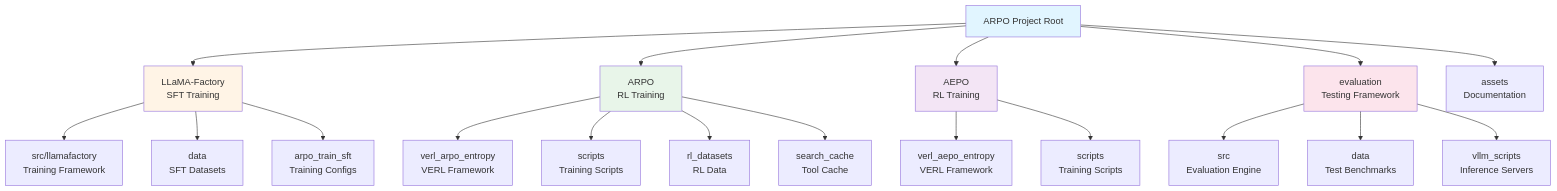
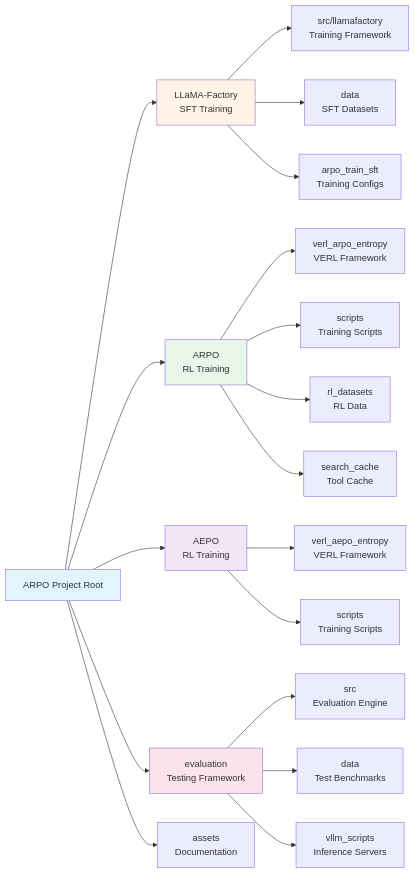
The first of 8 diagrams in .trae/documents/ARPO_Project_Architecture.md (wangevan6/ARPO), drawn with Mermaid before and after one commit. The commit also changed other lines of this file and 21 other files, not shown here.

````diff
--- a/.trae/documents/ARPO_Project_Architecture.md
+++ b/.trae/documents/ARPO_Project_Architecture.md
@@ -33,32 +35,32 @@
 ```mermaid
-graph TB
+graph LR
     ROOT[ARPO Project Root]
 
     ROOT --> SFT[LLaMA-Factory<br/>SFT Training]
     ROOT --> ARPO_DIR[ARPO<br/>RL Training]
     ROOT --> AEPO_DIR[AEPO<br/>RL Training]
     ROOT --> EVAL[evaluation<br/>Testing Framework]
     ROOT --> ASSETS[assets<br/>Documentation]
 
     SFT --> SFT_SRC[src/llamafactory<br/>Training Framework]
     SFT --> SFT_DATA[data<br/>SFT Datasets]
     SFT --> SFT_CONFIG[arpo_train_sft<br/>Training Configs]
 
     ARPO_DIR --> ARPO_VERL[verl_arpo_entropy<br/>VERL Framework]
     ARPO_DIR --> ARPO_SCRIPTS[scripts<br/>Training Scripts]
     ARPO_DIR --> ARPO_DATA[rl_datasets<br/>RL Data]
     ARPO_DIR --> ARPO_CACHE[search_cache<br/>Tool Cache]
 
     AEPO_DIR --> AEPO_VERL[verl_aepo_entropy<br/>VERL Framework]
     AEPO_DIR --> AEPO_SCRIPTS[scripts<br/>Training Scripts]
 
     EVAL --> EVAL_SRC[src<br/>Evaluation Engine]
     EVAL --> EVAL_DATA[data<br/>Test Benchmarks]
     EVAL --> EVAL_VLLM[vllm_scripts<br/>Inference Servers]
 
     style ROOT fill:#e1f5ff
     style SFT fill:#fff4e6
     style ARPO_DIR fill:#e8f5e9
     style AEPO_DIR fill:#f3e5f5
     style EVAL fill:#fce4ec
 ```
````
